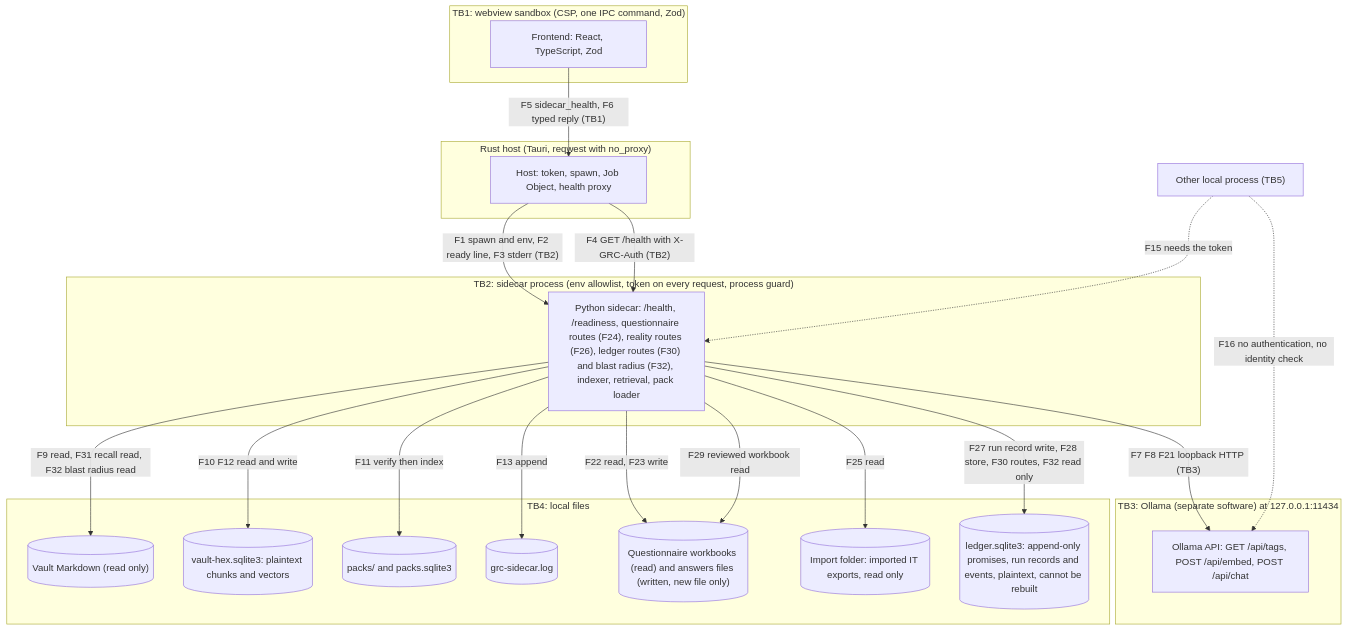
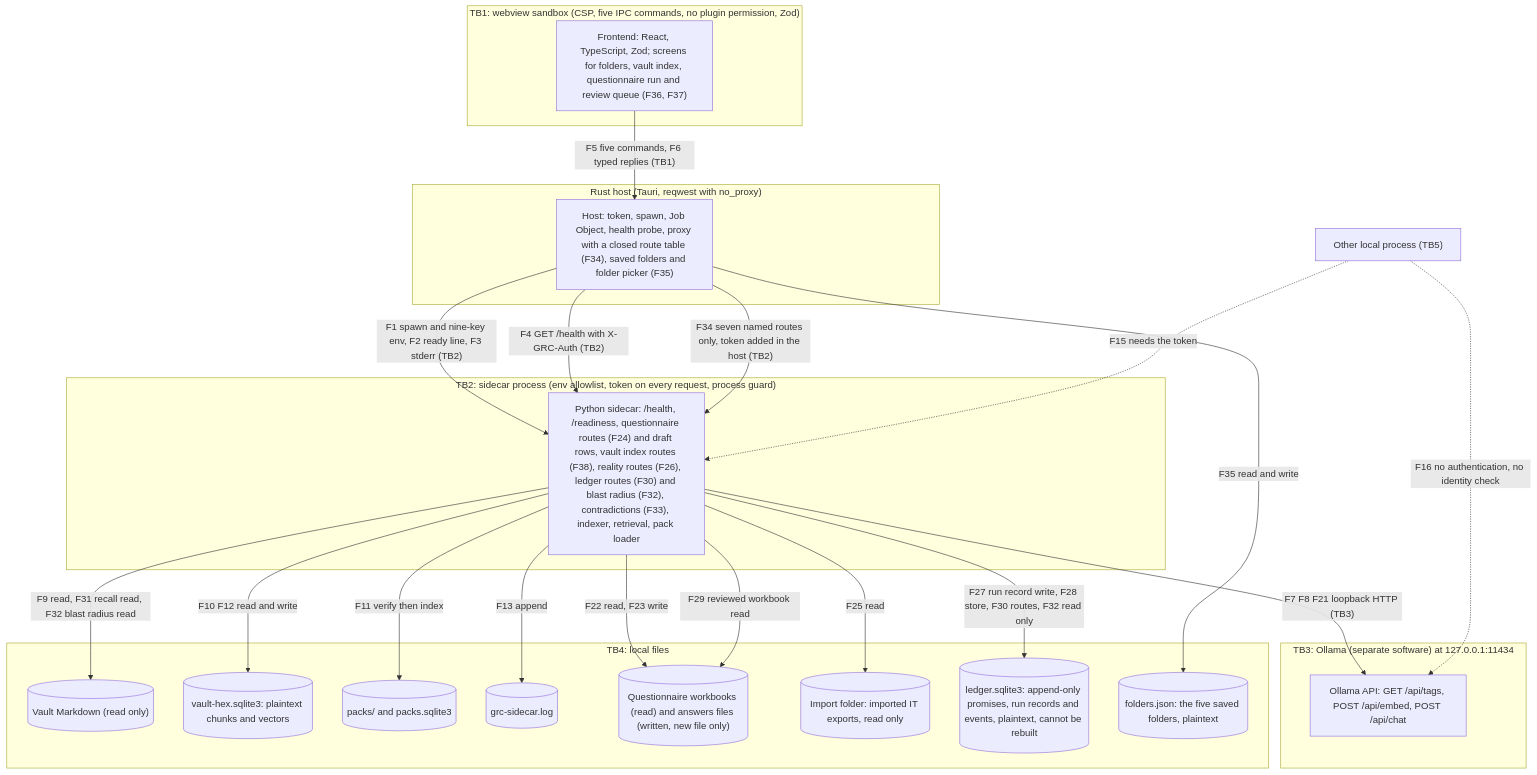
The second of 2 diagrams in docs/threat-model.md (mikeperrella/grc-second-brain), drawn with Mermaid before and after one commit. The commit also changed other lines of this file and 14 other files, not shown here.

````diff
--- a/docs/threat-model.md
+++ b/docs/threat-model.md
@@ -123,39 +124,42 @@
 ```mermaid
 flowchart TB
-  subgraph tb1["TB1: webview sandbox (CSP, one IPC command, Zod)"]
-    ui["Frontend: React, TypeScript, Zod"]
+  subgraph tb1["TB1: webview sandbox (CSP, five IPC commands, no plugin permission, Zod)"]
+    ui["Frontend: React, TypeScript, Zod; screens for folders, vault index, questionnaire run and review queue (F36, F37)"]
   end
   subgraph hostbox["Rust host (Tauri, reqwest with no_proxy)"]
-    host["Host: token, spawn, Job Object, health proxy"]
+    host["Host: token, spawn, Job Object, health probe, proxy with a closed route table (F34), saved folders and folder picker (F35)"]
   end
   subgraph tb2["TB2: sidecar process (env allowlist, token on every request, process guard)"]
-    sidecar["Python sidecar: /health, /readiness, questionnaire routes (F24), reality routes (F26), ledger routes (F30) and blast radius (F32), indexer, retrieval, pack loader"]
+    sidecar["Python sidecar: /health, /readiness, questionnaire routes (F24) and draft rows, vault index routes (F38), reality routes (F26), ledger routes (F30) and blast radius (F32), contradictions (F33), indexer, retrieval, pack loader"]
   end
   subgraph tb3["TB3: Ollama (separate software) at 127.0.0.1:11434"]
     ollama["Ollama API: GET /api/tags, POST /api/embed, POST /api/chat"]
   end
   subgraph tb4["TB4: local files"]
     vault[("Vault Markdown (read only)")]
     index[("vault-hex.sqlite3: plaintext chunks and vectors")]
     packs[("packs/ and packs.sqlite3")]
     logs[("grc-sidecar.log")]
     qfiles[("Questionnaire workbooks (read) and answers files (written, new file only)")]
     imports[("Import folder: imported IT exports, read only")]
     ledger[("ledger.sqlite3: append-only promises, run records and events, plaintext, cannot be rebuilt")]
+    folders[("folders.json: the five saved folders, plaintext")]
   end
   rogue["Other local process (TB5)"]
-  ui -->|"F5 sidecar_health, F6 typed reply (TB1)"| host
-  host -->|"F1 spawn and env, F2 ready line, F3 stderr (TB2)"| sidecar
+  ui -->|"F5 five commands, F6 typed replies (TB1)"| host
+  host -->|"F1 spawn and nine-key env, F2 ready line, F3 stderr (TB2)"| sidecar
   host -->|"F4 GET /health with X-GRC-Auth (TB2)"| sidecar
+  host -->|"F34 seven named routes only, token added in the host (TB2)"| sidecar
+  host -->|"F35 read and write"| folders
   sidecar -->|"F7 F8 F21 loopback HTTP (TB3)"| ollama
   sidecar -->|"F9 read, F31 recall read, F32 blast radius read"| vault
   sidecar -->|"F10 F12 read and write"| index
   sidecar -->|"F11 verify then index"| packs
   sidecar -->|"F13 append"| logs
   sidecar -->|"F22 read, F23 write"| qfiles
   sidecar -->|"F25 read"| imports
   sidecar -->|"F27 run record write, F28 store, F30 routes, F32 read only"| ledger
   sidecar -->|"F29 reviewed workbook read"| qfiles
   rogue -.->|"F15 needs the token"| sidecar
   rogue -.->|"F16 no authentication, no identity check"| ollama
 ```
````
